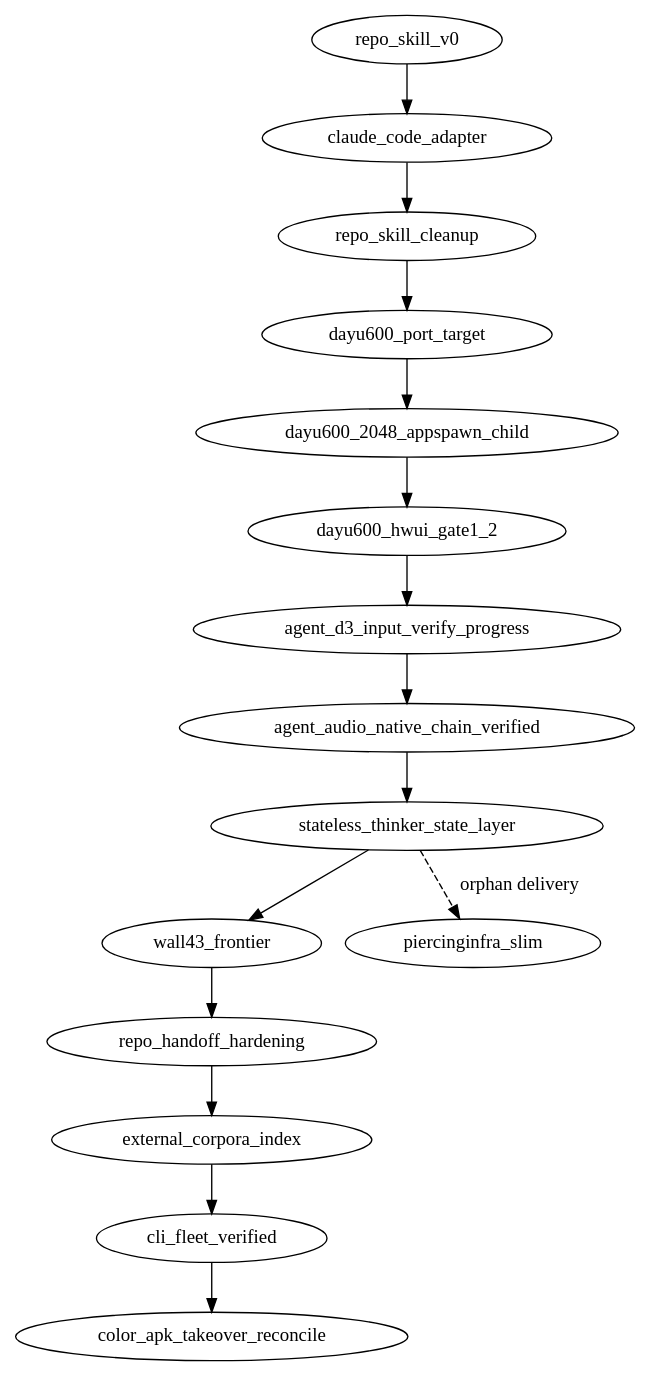
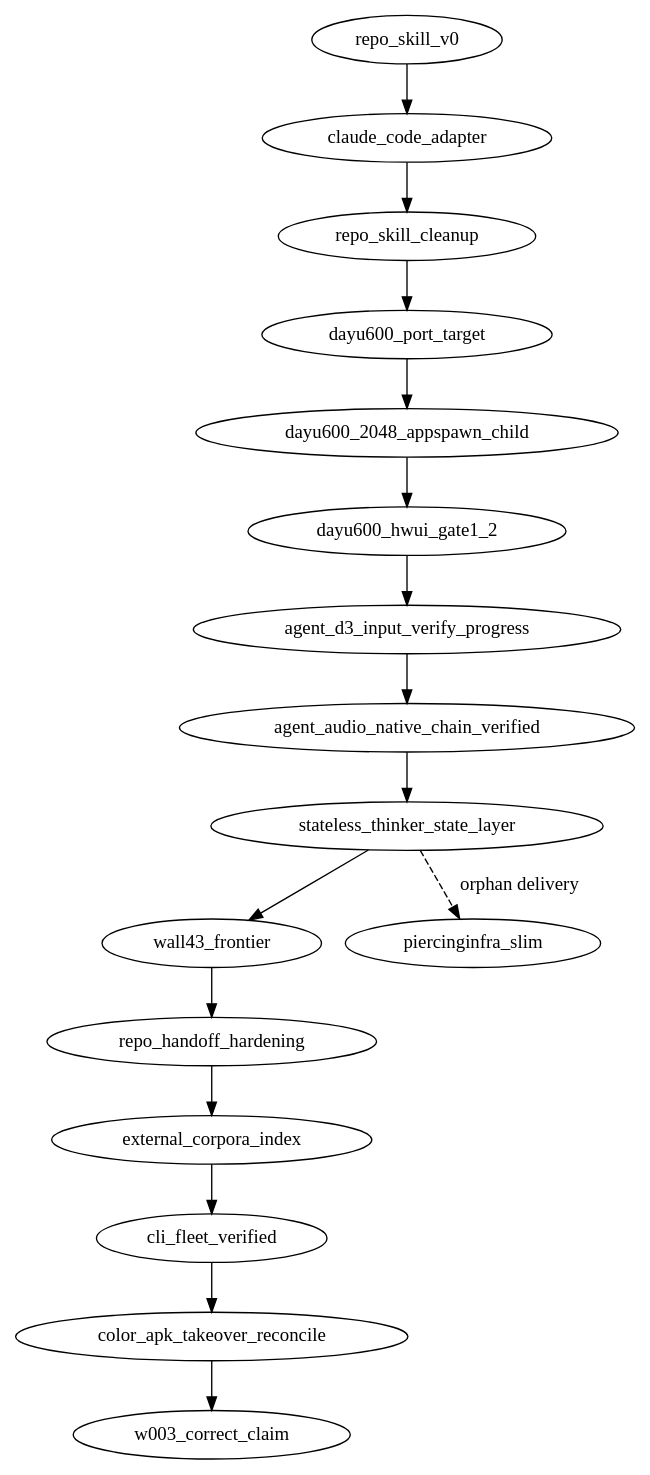
One commit to BH3GEI/westlake-piercing changed the diagram in REPO_HISTORY.dot. Above: the diagram before and after it, drawn with Graphviz. The commit also changed 4 other files, not shown here.

```diff
--- a/REPO_HISTORY.dot
+++ b/REPO_HISTORY.dot
@@ -184,6 +184,18 @@
     note=".repo-skill/turns/2026-07-11-color-apk-takeover-reconcile.md"
   ];
 
-  repo_skill_v0 -> claude_code_adapter -> repo_skill_cleanup -> dayu600_port_target -> dayu600_2048_appspawn_child -> dayu600_hwui_gate1_2 -> agent_d3_input_verify_progress -> agent_audio_native_chain_verified -> stateless_thinker_state_layer -> wall43_frontier -> repo_handoff_hardening -> external_corpora_index -> cli_fleet_verified -> color_apk_takeover_reconcile;
+  w003_correct_claim [
+    commit="self",
+    base_commit="9194569399786dd01fb961974e22dfb93e61e853",
+    actor="Yao/Codex",
+    title="claim corrected W-003 on the clean board lane",
+    user_input="Continue the previous developer's color APK work after auditing repository and disk state.",
+    agent_action="Moved the rewritten wall-49 card to doing, locked 5583, and prepared a clean isolated worker branch after archiving the superseded prototype.",
+    code_delta="Task/board/queue claim state only; no runtime implementation yet.",
+    verify="handoff structure check before claim PASS; prototype branch b8937e1c cleanly archived",
+    note=".repo-skill/turns/2026-07-11-w003-correct-claim.md"
+  ];
+
+  repo_skill_v0 -> claude_code_adapter -> repo_skill_cleanup -> dayu600_port_target -> dayu600_2048_appspawn_child -> dayu600_hwui_gate1_2 -> agent_d3_input_verify_progress -> agent_audio_native_chain_verified -> stateless_thinker_state_layer -> wall43_frontier -> repo_handoff_hardening -> external_corpora_index -> cli_fleet_verified -> color_apk_takeover_reconcile -> w003_correct_claim;
   stateless_thinker_state_layer -> piercinginfra_slim [style="dashed", label="orphan delivery"];
 }
```
